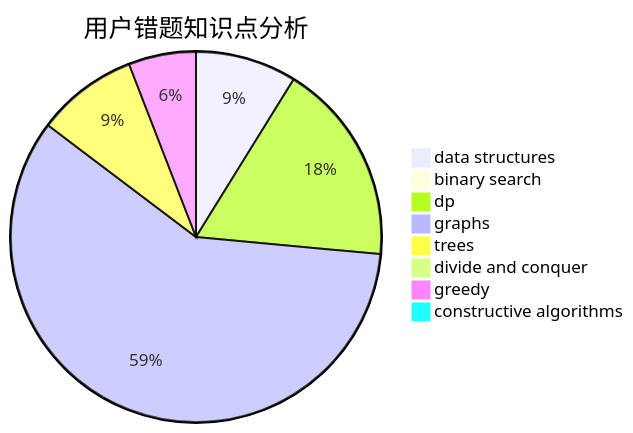
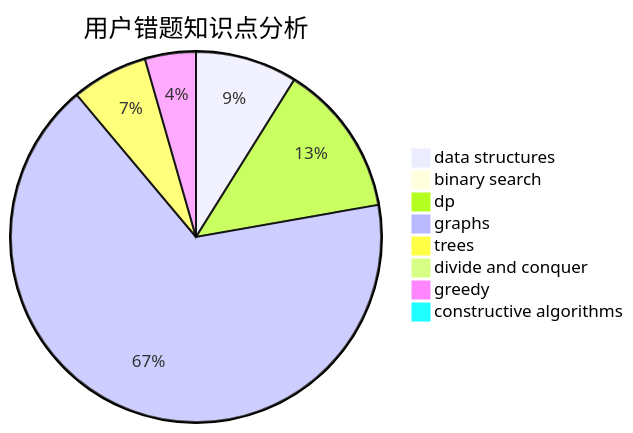
The third of 3 diagrams in docs/user/u783.md (sherpahu/cfrs.github.io), drawn with Mermaid before and after one commit. The commit also changed other lines of this file and 2770 other files, not shown here.

````diff
--- a/docs/user/u783.md
+++ b/docs/user/u783.md
@@ -36,11 +36,11 @@
 ```mermaid
 pie title 用户错题知识点分析
-    "data structures" :  3
+    "data structures" :  4
     "binary search" :  0
     "dp" :  6
-    "graphs" :  20
+    "graphs" :  30
     "trees" :  3
     "divide and conquer" :  0
     "greedy" :  2
     "constructive algorithms" :  0
 ```
````
